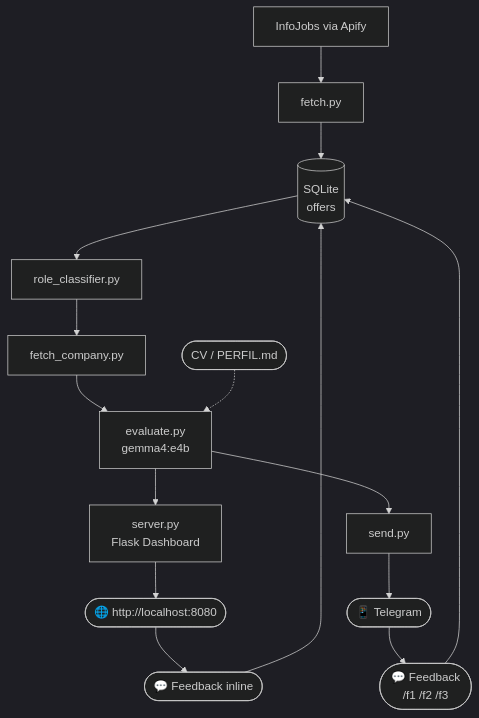
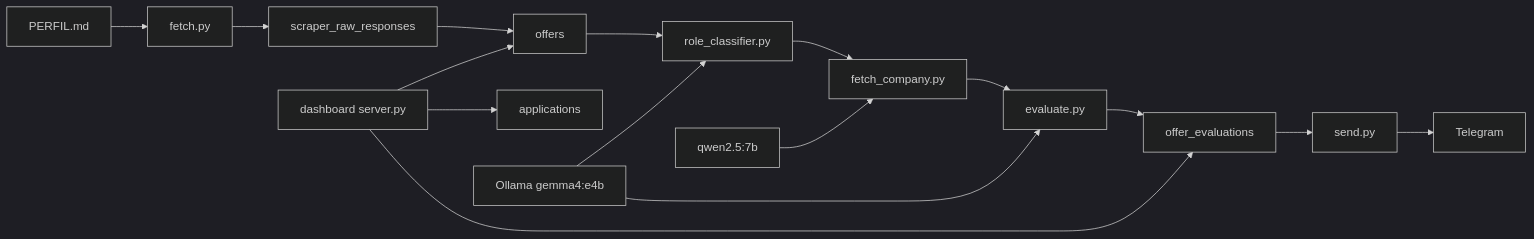
Before and after one commit to Veidos/job-intelligence-agent: the diagram in README.md, drawn with Mermaid (dark theme). The commit also changed other lines of this file and 3 other files, not shown here.

````diff
--- a/README.md
+++ b/README.md
@@ -28,17 +25,18 @@
 ```mermaid
-flowchart TD
-    A[InfoJobs via Apify] --> B[fetch.py]
-    B --> C[(SQLite\noffers)]
-    C --> D[role_classifier.py]
-    D --> E[fetch_company.py]
-    E --> F[evaluate.py\ngemma4:e4b]
-    F --> G[server.py\nFlask Dashboard]
-    G --> H([🌐 http://localhost:8080])
-    H --> I([💬 Feedback inline])
-    I --> C
-    F --> J[send.py]
-    J --> K([📱 Telegram])
-    K --> L([💬 Feedback\n/f1 /f2 /f3])
-    L --> C
-    M([CV / PERFIL.md]) -.-> F
+flowchart LR
+  A[PERFIL.md] --> B[fetch.py]
+  B --> C[scraper_raw_responses]
+  C --> D[offers]
+  D --> E[role_classifier.py]
+  E --> F[fetch_company.py]
+  F --> G[evaluate.py]
+  G --> H[offer_evaluations]
+  H --> I[send.py]
+  I --> J[Telegram]
+  K[dashboard server.py] --> D
+  K --> H
+  K --> L[applications]
+  M[Ollama gemma4:e4b] --> E
+  M --> G
+  N[qwen2.5:7b] --> F
 ```
````
